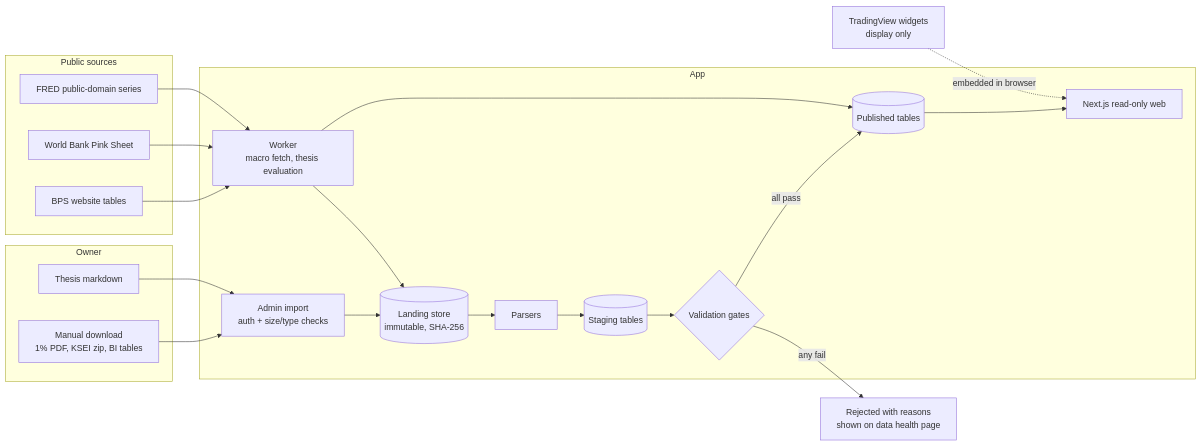
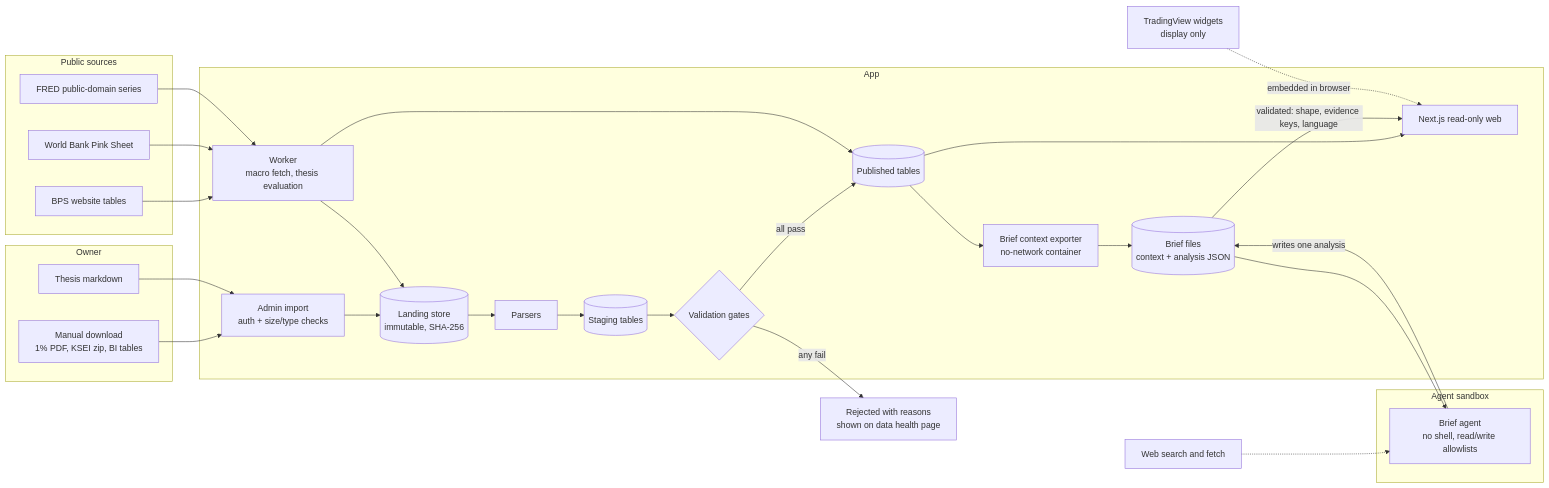
Before and after one commit to Azzamubaidillah/sigi: the diagram in docs/ARCHITECTURE.md, drawn with Mermaid. The commit also changed other lines of this file and 4 other files, not shown here.

````diff
--- a/docs/ARCHITECTURE.md
+++ b/docs/ARCHITECTURE.md
@@ -7,35 +7,45 @@
 ```mermaid
 flowchart LR
   subgraph Owner
     DL[Manual download<br/>1% PDF, KSEI zip, BI tables]
     TW[Thesis markdown]
   end
   subgraph App
     UP[Admin import<br/>auth + size/type checks]
     LZ[(Landing store<br/>immutable, SHA-256)]
     PR[Parsers]
     ST[(Staging tables)]
     G{Validation gates}
     PUB[(Published tables)]
     WK[Worker<br/>macro fetch, thesis evaluation]
     WEB[Next.js read-only web]
+    CX[Brief context exporter<br/>no-network container]
+    AF[(Brief files<br/>context + analysis JSON)]
+  end
+  subgraph Agent sandbox
+    AG[Brief agent<br/>no shell, read/write allowlists]
   end
   subgraph Public sources
     BPS[BPS website tables]
     WB[World Bank Pink Sheet]
     FRED[FRED public-domain series]
   end
   TVW[TradingView widgets<br/>display only]
 
   DL --> UP --> LZ --> PR --> ST --> G
   G -- all pass --> PUB
   G -- any fail --> X[Rejected with reasons<br/>shown on data health page]
   BPS --> WK
   WB --> WK
   FRED --> WK
   WK --> LZ
   TW --> UP
   PUB --> WEB
   WK --> PUB
+  PUB --> CX --> AF
+  AF --> AG
+  AG -- writes one analysis --> AF
+  WS[Web search and fetch] -.-> AG
+  AF -- validated: shape, evidence keys, language --> WEB
   TVW -. embedded in browser .-> WEB
 ```
````
